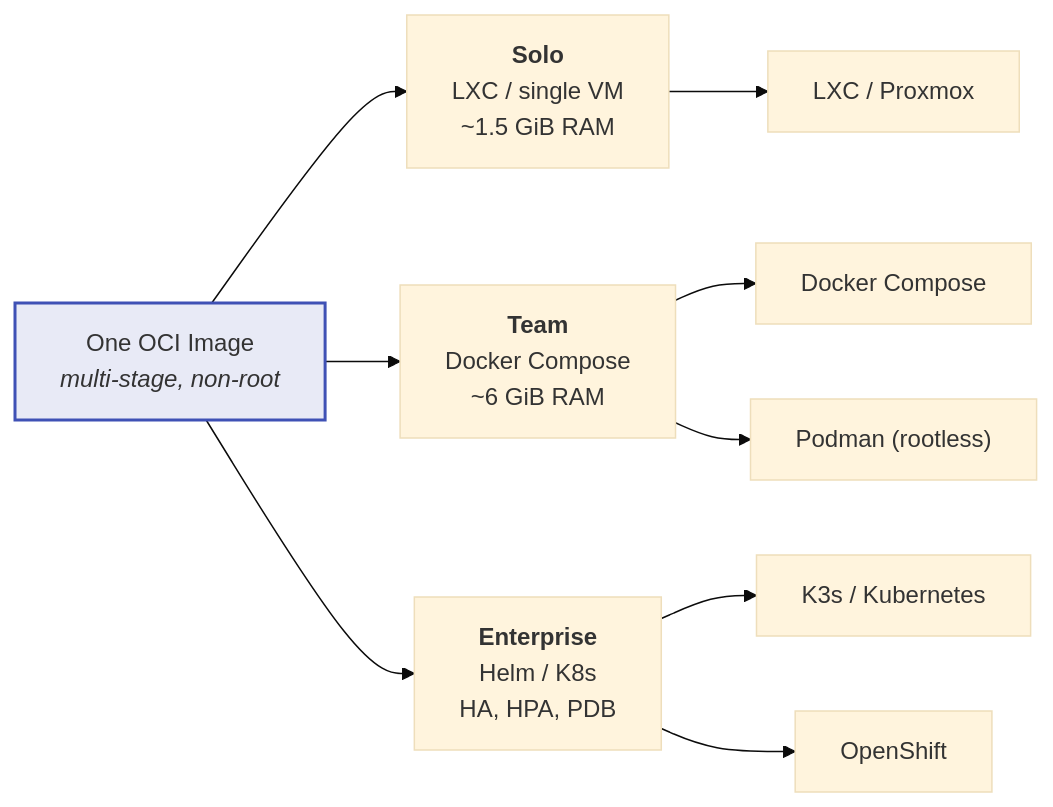
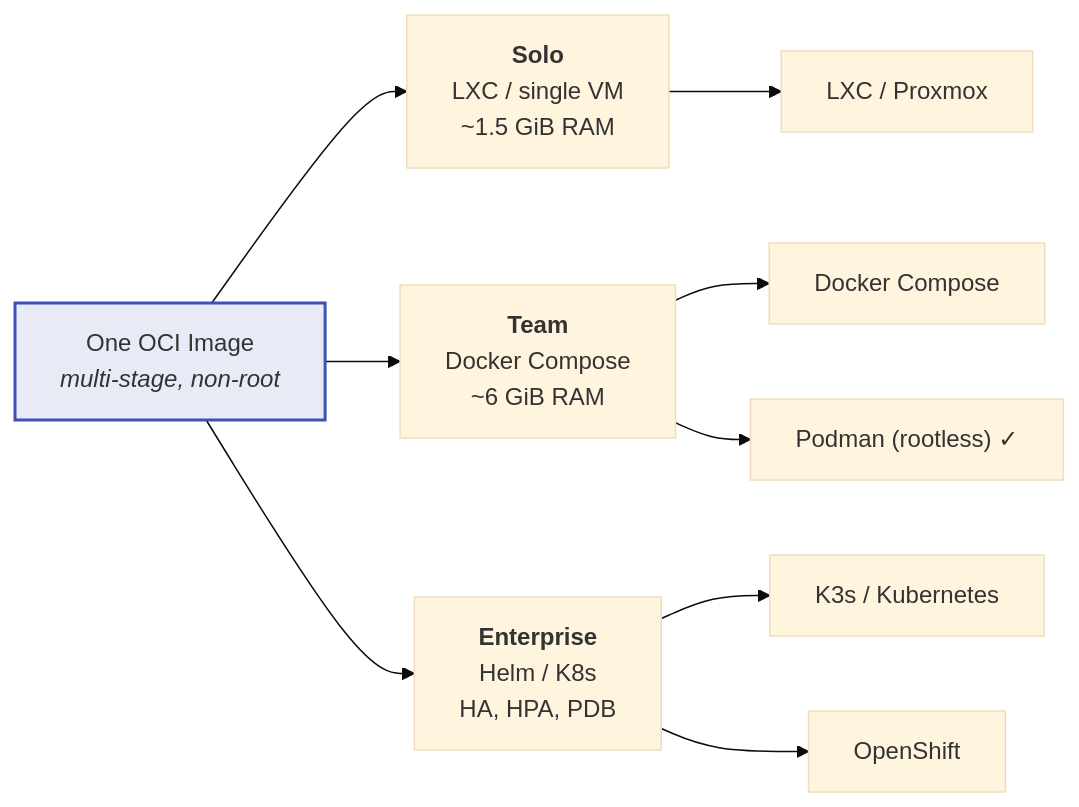
The third of 3 diagrams in README.md (h3rb3rn/moe-sovereign), drawn with Mermaid (base theme) before and after one commit. The commit also changed other lines of this file and 1 other file, not shown here.

Commit message:
docs: mark Podman rootless as tested alongside Docker

````diff
--- a/README.md
+++ b/README.md
@@ -246,16 +238,16 @@
 ```mermaid
 flowchart LR
     OCI["One OCI Image<br/><i>multi-stage, non-root</i>"]
 
     OCI --> Solo["<b>Solo</b><br/>LXC / single VM<br/>~1.5 GiB RAM"]
     OCI --> Team["<b>Team</b><br/>Docker Compose<br/>~6 GiB RAM"]
     OCI --> Ent["<b>Enterprise</b><br/>Helm / K8s<br/>HA, HPA, PDB"]
 
     Solo --> LXC["LXC / Proxmox"]
     Team --> DC["Docker Compose"]
-    Team --> Pod["Podman (rootless)"]
+    Team --> Pod["Podman (rootless) ✓"]
     Ent --> K3s["K3s / Kubernetes"]
     Ent --> OCP["OpenShift"]
 
     style OCI fill:#e8eaf6,stroke:#3f51b5,stroke-width:2px
 ```
````
